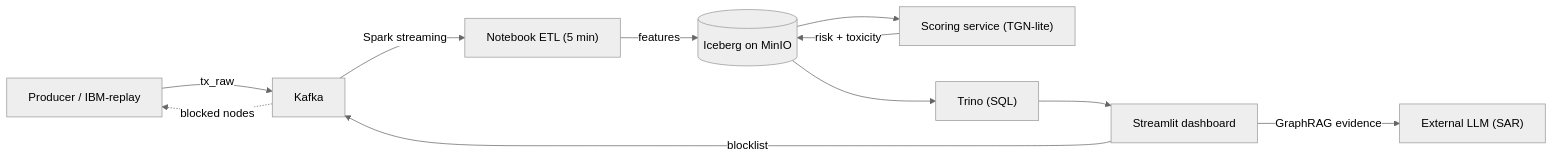
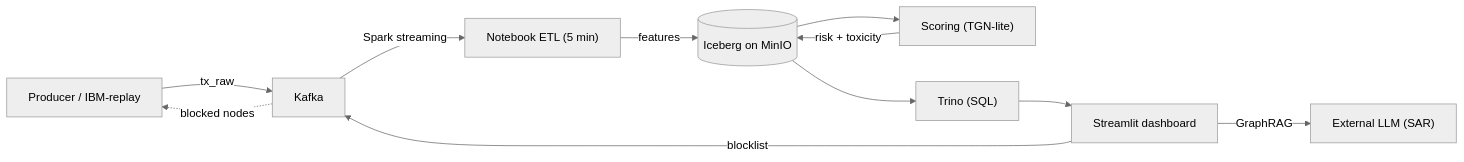
One commit to ne-kit-28/ai_driven_aml changed the diagram in README.md. Above: the diagram before and after it, drawn with Mermaid (neutral theme). The commit also changed other lines of this file, not shown here.

````diff
--- a/README.md
+++ b/README.md
@@ -52,13 +27,13 @@
 ```mermaid
 flowchart LR
   P["Producer / IBM-replay"] -->|tx_raw| K["Kafka"]
   K -->|Spark streaming| ETL["Notebook ETL (5 min)"]
   ETL -->|features| ICE[("Iceberg on MinIO")]
-  ICE --> SC["Scoring service (TGN-lite)"]
+  ICE --> SC["Scoring (TGN-lite)"]
   SC -->|risk + toxicity| ICE
   ICE --> TR["Trino (SQL)"]
   TR --> DASH["Streamlit dashboard"]
-  DASH -->|GraphRAG evidence| LLM["External LLM (SAR)"]
+  DASH -->|GraphRAG| LLM["External LLM (SAR)"]
   DASH -->|blocklist| K
   K -.->|blocked nodes| P
 ```
````
